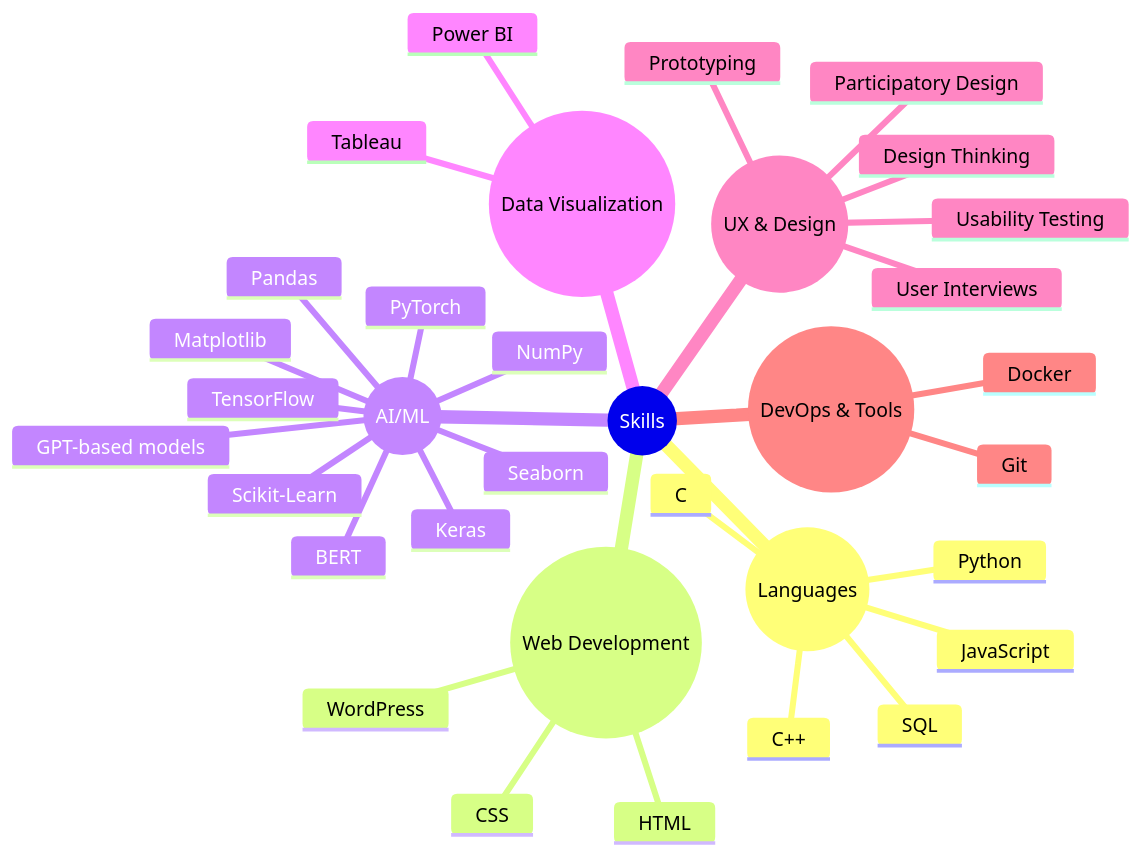
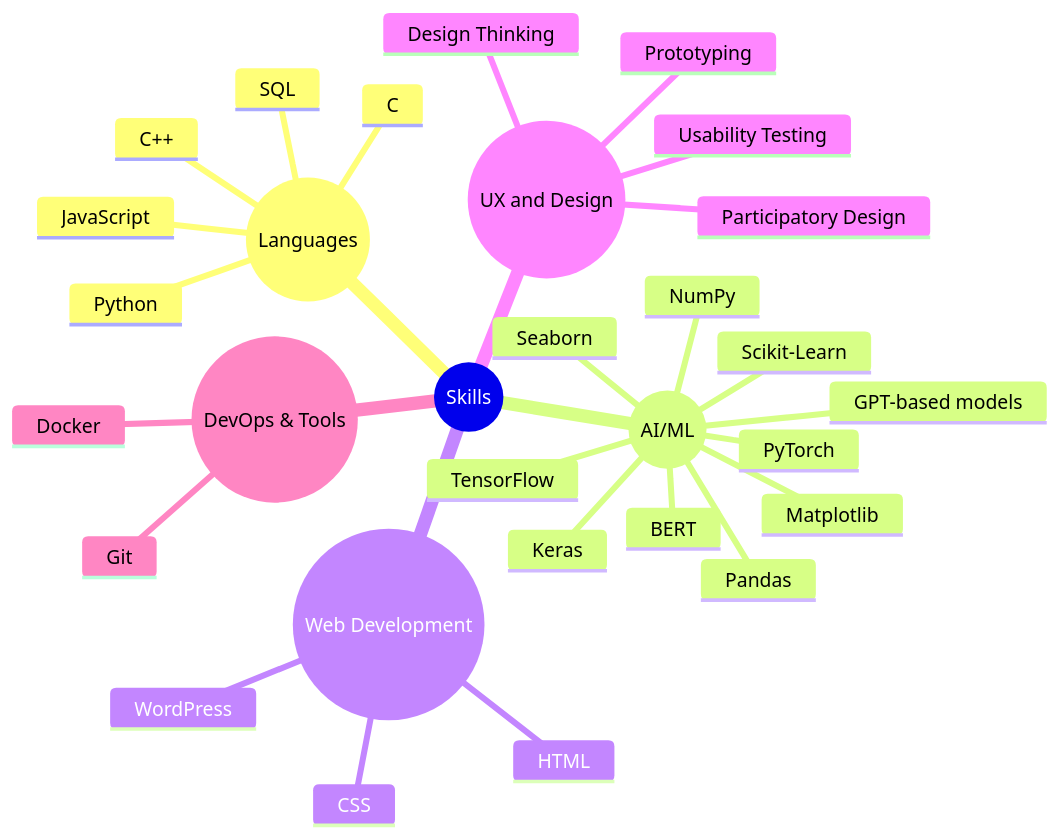
Before and after one commit to pooriya-jamie/pooriya-jamie: the diagram in README.md, drawn with Mermaid.

````diff
--- a/README.md
+++ b/README.md
@@ -20,37 +20,33 @@
 ```mermaid
 mindmap
   root((Skills))
     ((Languages))
       Python
       C
       C++
       SQL
       JavaScript
-    ((Web Development))
-      HTML
-      CSS
-      WordPress
     ((AI/ML))
       TensorFlow
       PyTorch
       Scikit-Learn
       Keras
       NumPy
       Pandas
       Matplotlib
       Seaborn
       BERT
       GPT-based models
-    ((Data Visualization))
-      Tableau
-      Power BI
-    ((UX & Design))
+    ((Web Development))
+      HTML
+      CSS
+      WordPress
+    ((UX and Design))
       Design Thinking
       Participatory Design
       Prototyping
       Usability Testing
-      User Interviews
     ((DevOps & Tools))
       Git
       Docker
 ```
````
